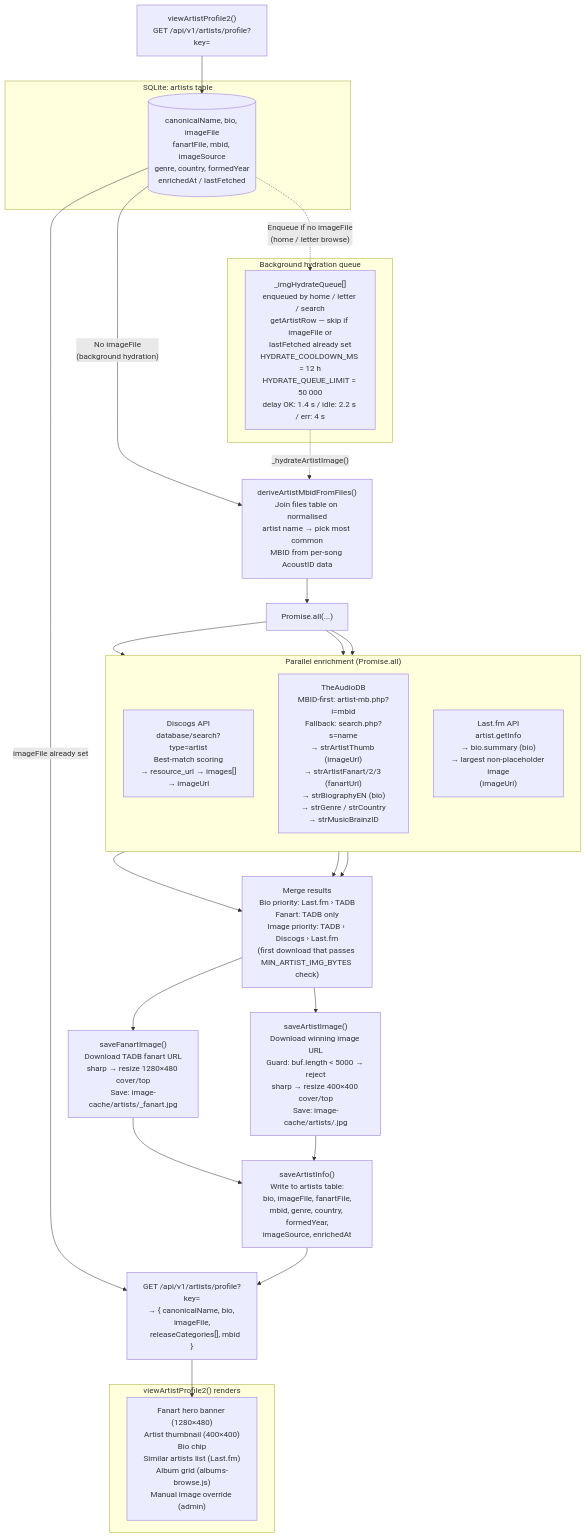
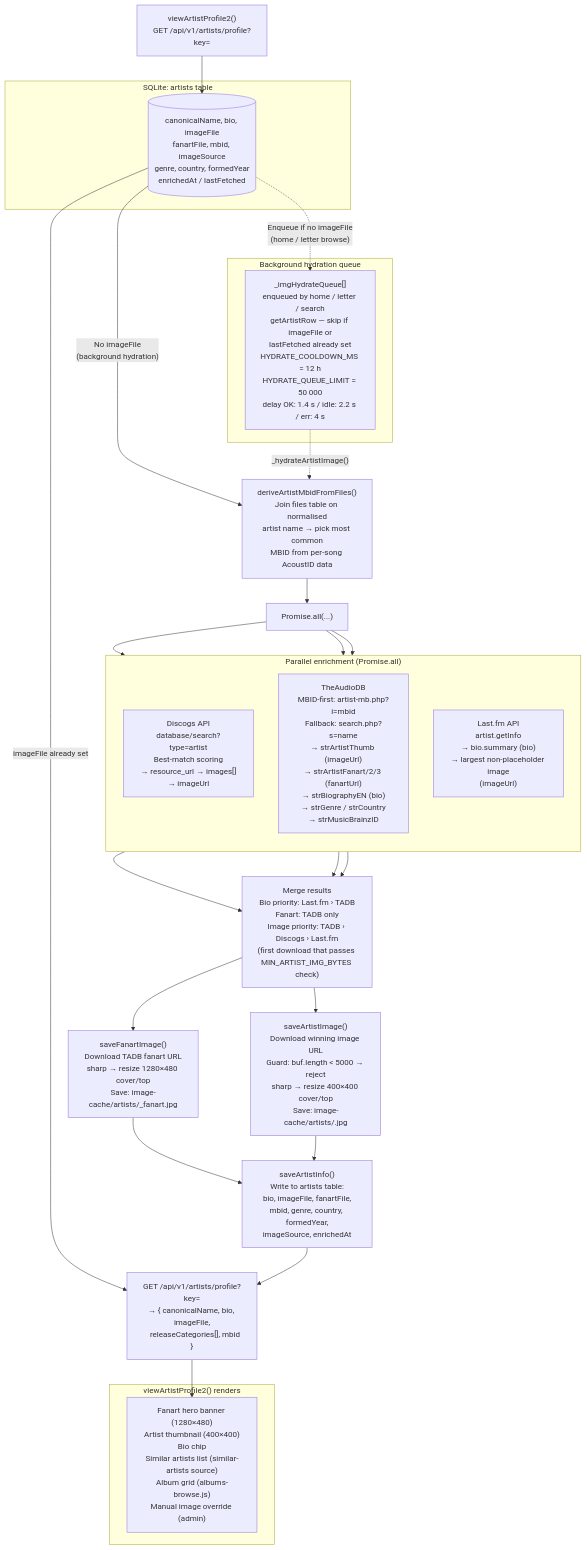
One commit to aroundmyroom/Velvet changed the sixth of 7 diagrams in docs/architecture.md. Above: the diagram before and after it, drawn with Mermaid. The commit also changed other lines of this file and 53 other files, not shown here.

Commit message:
v0.10.5: Similar artists without Last.fm

````diff
--- a/docs/architecture.md
+++ b/docs/architecture.md
@@ -360,49 +361,49 @@
 ```mermaid
 flowchart TD
     CLIENT["viewArtistProfile2()\nGET /api/v1/artists/profile?key="]
 
     subgraph "SQLite: artists table"
         DB_CACHE[("canonicalName, bio, imageFile\nfanartFile, mbid, imageSource\ngenre, country, formedYear\nenrichedAt / lastFetched")]
     end
 
     CLIENT --> DB_CACHE
     DB_CACHE -->|"imageFile already set"| RETURN
     DB_CACHE -->|"No imageFile\n(background hydration)"| MBID
 
     MBID["deriveArtistMbidFromFiles()\nJoin files table on normalised\nartist name → pick most common\nMBID from per-song AcoustID data"]
 
     MBID --> PARALLEL
 
     subgraph "Parallel enrichment  (Promise.all)"
         direction TB
         DISCOGS["Discogs API\ndatabase/search?type=artist\nBest-match scoring\n→ resource_url → images[]\n→ imageUrl"]
         TADB["TheAudioDB\nMBID-first: artist-mb.php?i=mbid\nFallback: search.php?s=name\n→ strArtistThumb (imageUrl)\n→ strArtistFanart/2/3 (fanartUrl)\n→ strBiographyEN (bio)\n→ strGenre / strCountry\n→ strMusicBrainzID"]
         LFM["Last.fm API\nartist.getInfo\n→ bio.summary (bio)\n→ largest non-placeholder image\n(imageUrl)"]
     end
 
     PARALLEL["Promise.all(...)"] --> DISCOGS & TADB & LFM
 
     DISCOGS & TADB & LFM --> MERGE
 
     MERGE["Merge results\nBio priority: Last.fm › TADB\nFanart: TADB only\nImage priority: TADB › Discogs › Last.fm\n(first download that passes MIN_ARTIST_IMG_BYTES check)"]
 
     MERGE --> FANART["saveFanartImage()\nDownload TADB fanart URL\nsharp → resize 1280×480 cover/top\nSave: image-cache/artists/<key>_fanart.jpg"]
     MERGE --> IMG["saveArtistImage()\nDownload winning image URL\nGuard: buf.length < 5000 → reject\nsharp → resize 400×400 cover/top\nSave: image-cache/artists/<key>.jpg"]
 
     FANART & IMG --> SAVEDB["saveArtistInfo()\nWrite to artists table:\nbio, imageFile, fanartFile,\nmbid, genre, country, formedYear,\nimageSource, enrichedAt"]
 
     SAVEDB --> RETURN["GET /api/v1/artists/profile?key=\n→ { canonicalName, bio, imageFile,\n    releaseCategories[], mbid }"]
 
     RETURN --> UI
 
     subgraph "viewArtistProfile2() renders"
-        UI["Fanart hero banner (1280×480)\nArtist thumbnail (400×400)\nBio chip\nSimilar artists list (Last.fm)\nAlbum grid (albums-browse.js)\nManual image override (admin)"]
+        UI["Fanart hero banner (1280×480)\nArtist thumbnail (400×400)\nBio chip\nSimilar artists list (similar-artists source)\nAlbum grid (albums-browse.js)\nManual image override (admin)"]
     end
 
     subgraph "Background hydration queue"
         HQ["_imgHydrateQueue[]\nenqueued by home / letter / search\ngetArtistRow — skip if imageFile or\nlastFetched already set\nHYDRATE_COOLDOWN_MS = 12 h\nHYDRATE_QUEUE_LIMIT = 50 000\ndelay OK: 1.4 s / idle: 2.2 s / err: 4 s"]
     end
 
     DB_CACHE -.->|"Enqueue if no imageFile\n(home / letter browse)"| HQ
     HQ -.->|"_hydrateArtistImage()"| MBID
 ```
````
